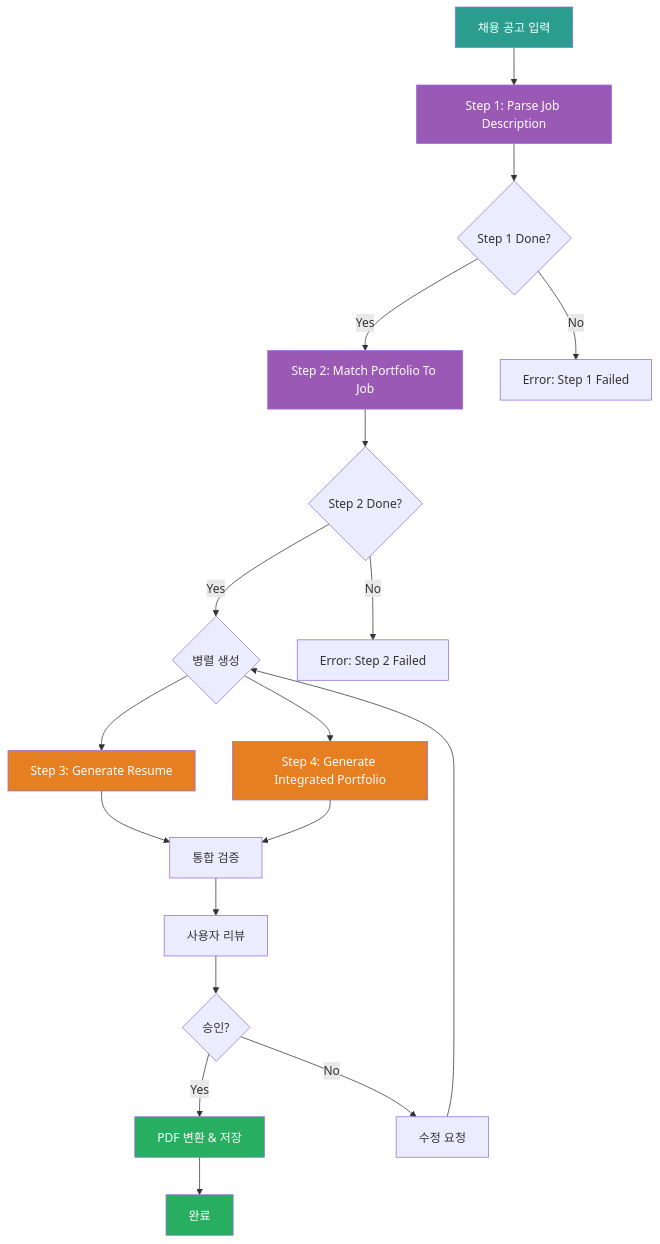
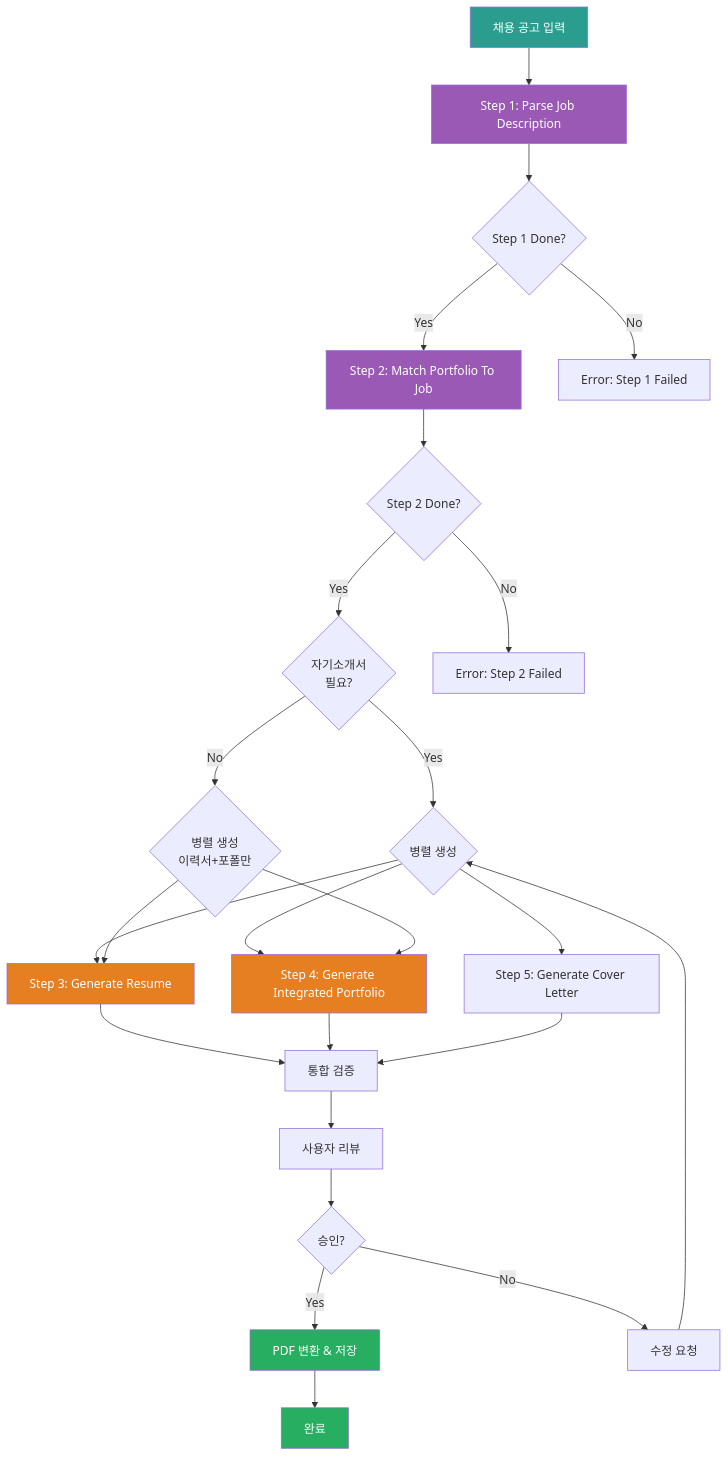
Before and after one commit to moobaek/Testing_AI_agents_for_public_use: the diagram in portfolio/portfolio_docs/resume_generator/prompts/Resume_Generator_Chain_Prompt.md, drawn with Mermaid. The commit also changed other lines of this file and 24 other files, not shown here.

````diff
--- a/portfolio/portfolio_docs/resume_generator/prompts/Resume_Generator_Chain_Prompt.md
+++ b/portfolio/portfolio_docs/resume_generator/prompts/Resume_Generator_Chain_Prompt.md
@@ -14,33 +14,41 @@
 ```mermaid
 graph TD
     START[채용 공고 입력] --> STEP1[Step 1: Parse Job Description]
     STEP1 --> CHECK1{Step 1 Done?}
     CHECK1 -->|Yes| STEP2[Step 2: Match Portfolio To Job]
     CHECK1 -->|No| ERROR1[Error: Step 1 Failed]
 
     STEP2 --> CHECK2{Step 2 Done?}
-    CHECK2 -->|Yes| PARALLEL{병렬 생성}
+    CHECK2 -->|Yes| CHECK3{자기소개서<br/>필요?}
     CHECK2 -->|No| ERROR2[Error: Step 2 Failed]
+
+    CHECK3 -->|Yes| PARALLEL{병렬 생성}
+    CHECK3 -->|No| PARALLEL2{병렬 생성<br/>이력서+포폴만}
 
     PARALLEL --> STEP3A[Step 3: Generate Resume]
     PARALLEL --> STEP3B[Step 4: Generate Integrated Portfolio]
+    PARALLEL --> STEP5[Step 5: Generate Cover Letter]
+
+    PARALLEL2 --> STEP3A
+    PARALLEL2 --> STEP3B
 
     STEP3A --> MERGE[통합 검증]
     STEP3B --> MERGE
+    STEP5 --> MERGE
 
     MERGE --> REVIEW[사용자 리뷰]
     REVIEW --> DECIDE{승인?}
     DECIDE -->|Yes| PDF[PDF 변환 & 저장]
     DECIDE -->|No| RETRY[수정 요청]
     RETRY --> PARALLEL
 
     PDF --> END[완료]
 
     style START fill:#2a9d8f,color:#fff
     style STEP1 fill:#9b59b6,color:#fff
     style STEP2 fill:#9b59b6,color:#fff
     style STEP3A fill:#e67e22,color:#fff
     style STEP3B fill:#e67e22,color:#fff
     style PDF fill:#27ae60,color:#fff
     style END fill:#27ae60,color:#fff
 ```
````
